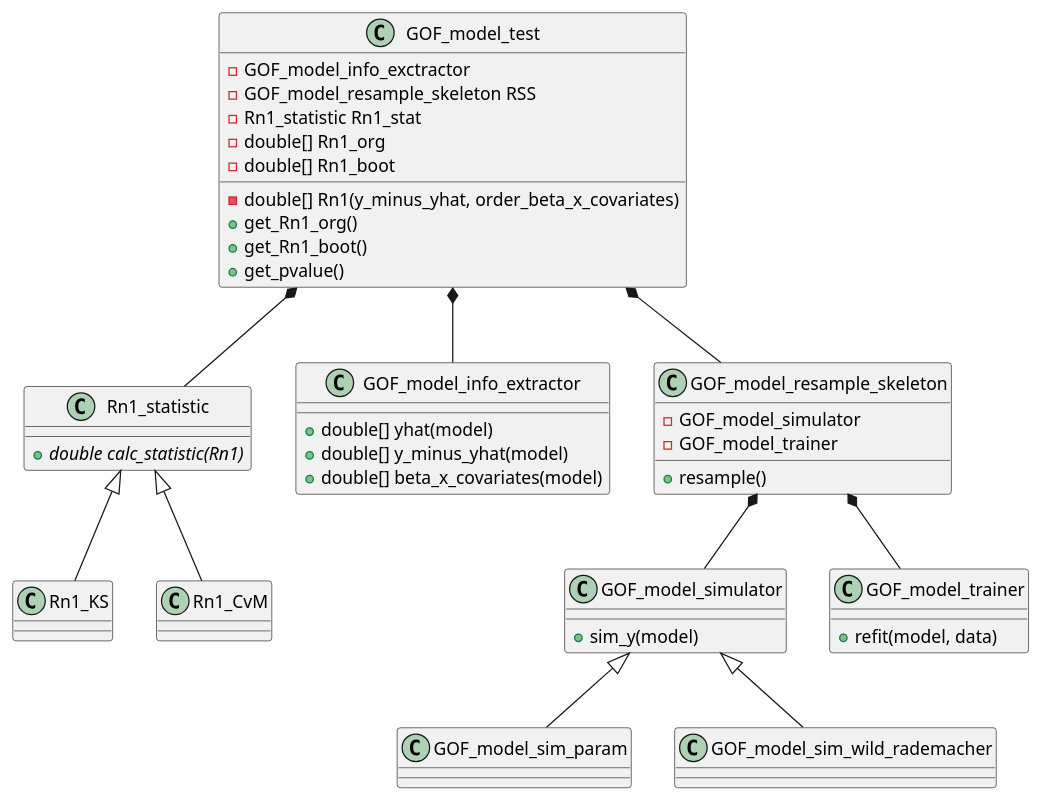
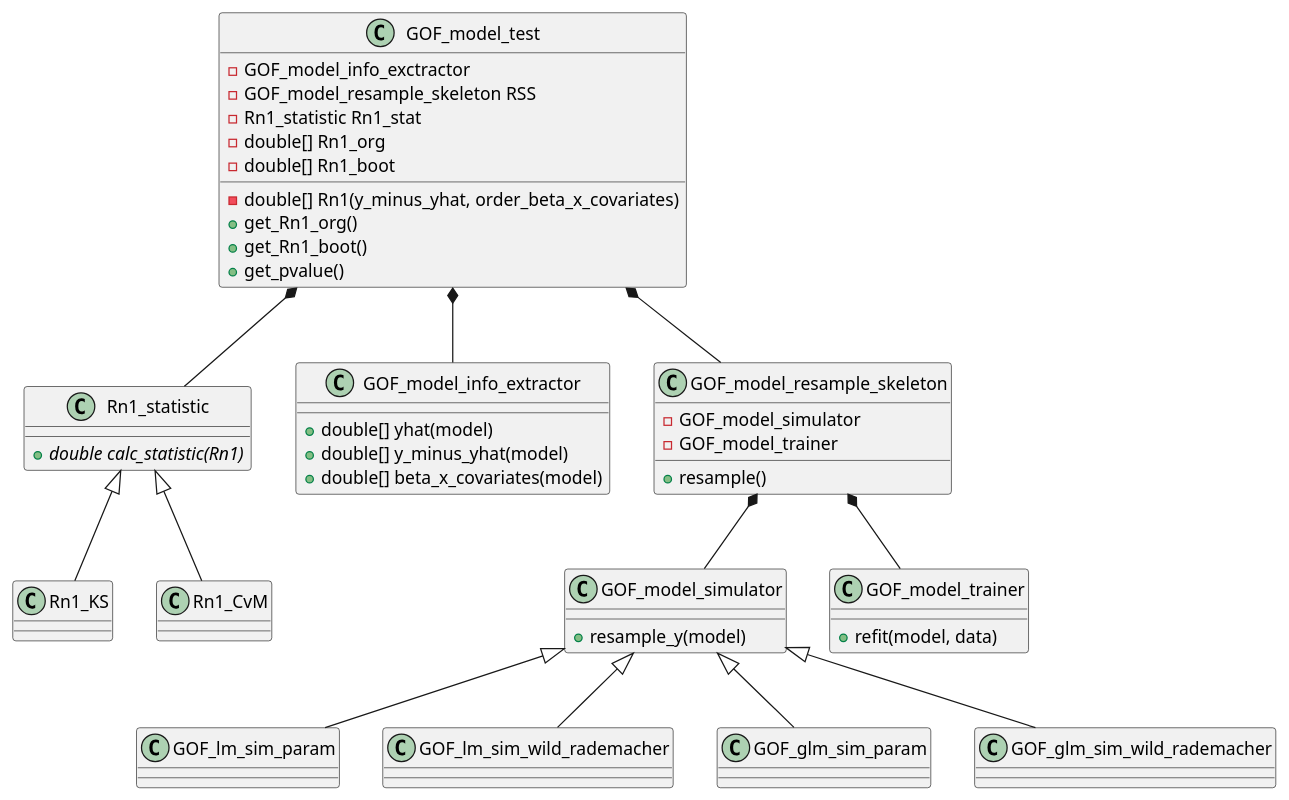
The diagram in design.plantuml (MarselScheer/bootGOF), drawn with PlantUML before and after one commit. The commit also changed 2 other files, not shown here.

Commit message:
implement model simulator

```diff
--- a/design.plantuml
+++ b/design.plantuml
@@ -1,41 +1,43 @@
 @startuml
 class Rn1_statistic {
     + {abstract} double calc_statistic(Rn1)
 }
 Rn1_statistic <|-- Rn1_KS
 Rn1_statistic <|-- Rn1_CvM
 class GOF_model_simulator {
-    + sim_y(model)
+    + resample_y(model)
 }
 class GOF_model_trainer {
     + refit(model, data)
 }
-GOF_model_simulator <|-- GOF_model_sim_param
-GOF_model_simulator <|-- GOF_model_sim_wild_rademacher
+GOF_model_simulator <|-- GOF_lm_sim_param
+GOF_model_simulator <|-- GOF_lm_sim_wild_rademacher
+GOF_model_simulator <|-- GOF_glm_sim_param
+GOF_model_simulator <|-- GOF_glm_sim_wild_rademacher
 class GOF_model_info_extractor {
     + double[] yhat(model)
     + double[] y_minus_yhat(model)
     + double[] beta_x_covariates(model)
 }
 class GOF_model_resample_skeleton {
     - GOF_model_simulator
     - GOF_model_trainer
     + resample()
 }
 GOF_model_resample_skeleton *-- GOF_model_simulator
 GOF_model_resample_skeleton *-- GOF_model_trainer
 class GOF_model_test {
     - GOF_model_info_exctractor
     - GOF_model_resample_skeleton RSS
     - Rn1_statistic Rn1_stat
     - double[] Rn1_org
     - double[] Rn1_boot
     - double[] Rn1(y_minus_yhat, order_beta_x_covariates)
     + get_Rn1_org()
     + get_Rn1_boot()
     + get_pvalue()
 }
 GOF_model_test *-- GOF_model_info_extractor
 GOF_model_test *-- GOF_model_resample_skeleton
 GOF_model_test *-- Rn1_statistic
 @enduml
```
